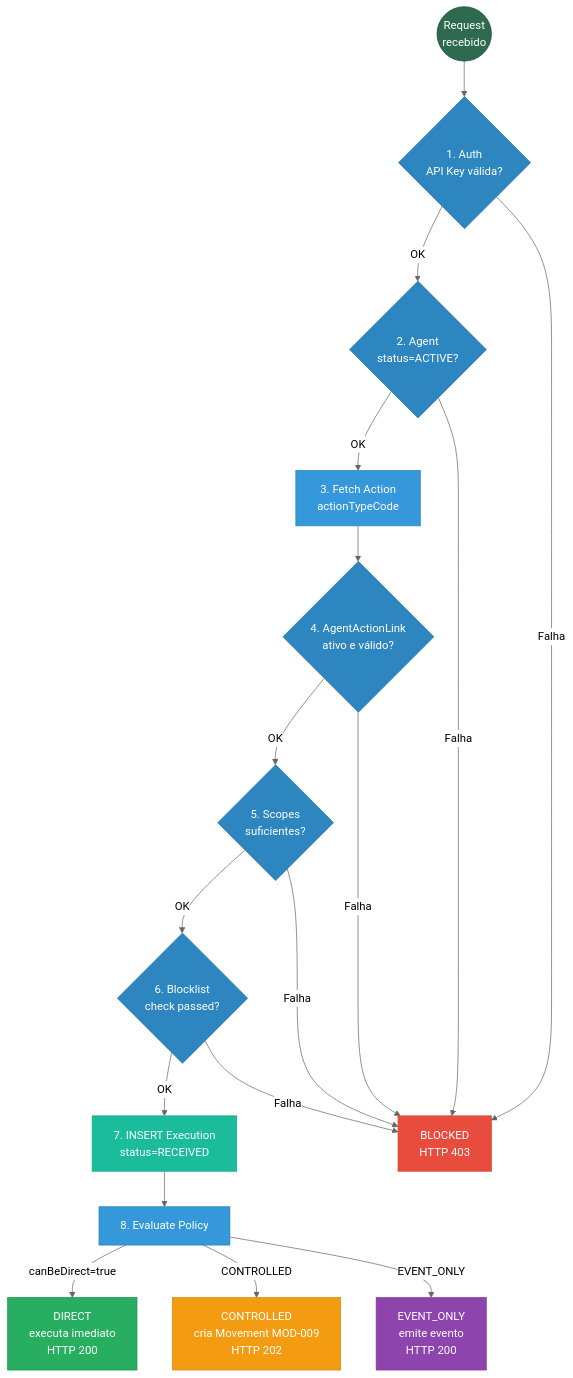
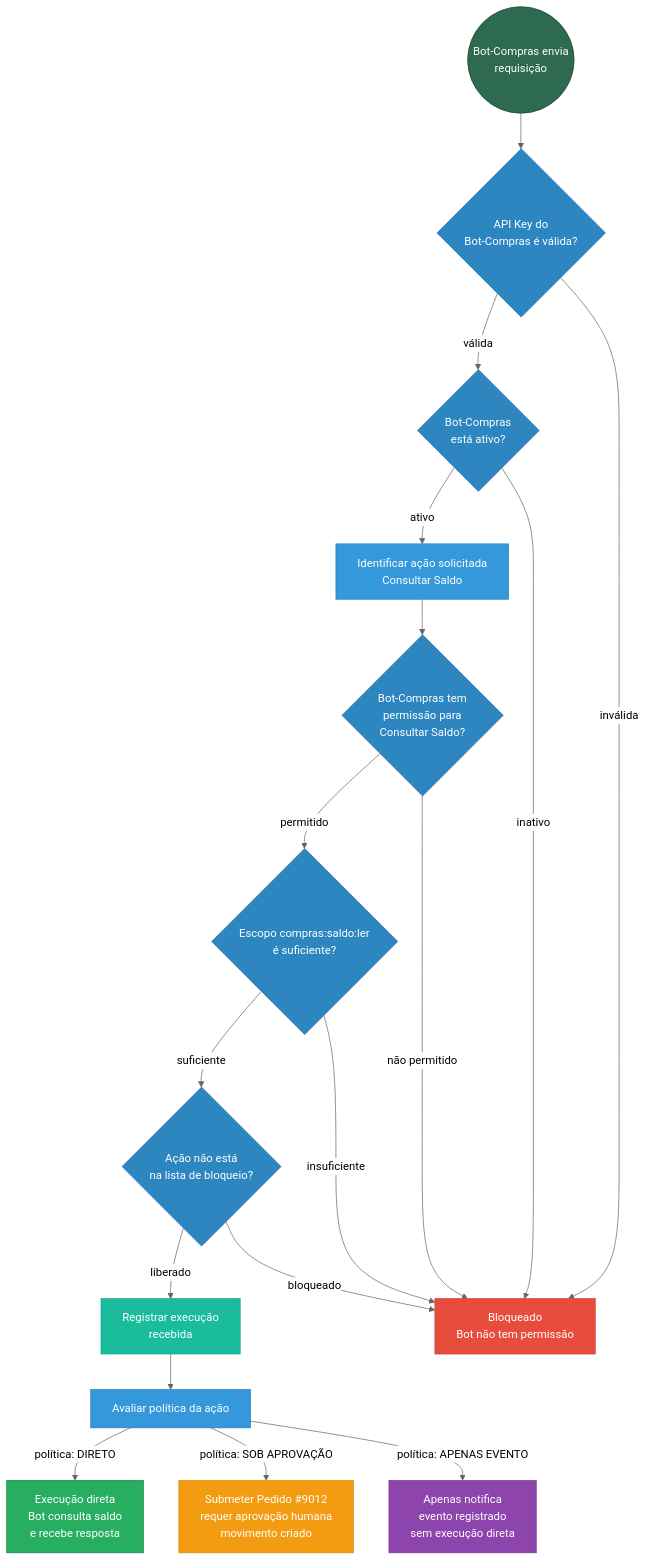
Before and after one commit to sulivanti/easycf: the first of 3 diagrams in docs/04_modules/mod-010-mcp-automacao/diagrams/domain-model.md, drawn with Mermaid (neutral theme). The commit also changed 99 other files, not shown here.

Commit message:
chore: atualiza diagramas domain-model, skills e configurações de agentes

````diff
--- a/docs/04_modules/mod-010-mcp-automacao/diagrams/domain-model.md
+++ b/docs/04_modules/mod-010-mcp-automacao/diagrams/domain-model.md
@@ -5,53 +5,53 @@
 ```mermaid
 graph TD
-    START(("Request<br/>recebido"))
-    S1{"1. Auth<br/>API Key válida?"}
-    S2{"2. Agent<br/>status=ACTIVE?"}
-    S3["3. Fetch Action<br/>actionTypeCode"]
-    S4{"4. AgentActionLink<br/>ativo e válido?"}
-    S5{"5. Scopes<br/>suficientes?"}
-    S6{"6. Blocklist<br/>check passed?"}
-    S7["7. INSERT Execution<br/>status=RECEIVED"]
-    S8["8. Evaluate Policy"]
+    START(("Bot-Compras envia<br/>requisição"))
+    S1{"API Key do<br/>Bot-Compras é válida?"}
+    S2{"Bot-Compras<br/>está ativo?"}
+    S3["Identificar ação solicitada<br/>Consultar Saldo"]
+    S4{"Bot-Compras tem<br/>permissão para<br/>Consultar Saldo?"}
+    S5{"Escopo compras:saldo:ler<br/>é suficiente?"}
+    S6{"Ação não está<br/>na lista de bloqueio?"}
+    S7["Registrar execução<br/>recebida"]
+    S8["Avaliar política da ação"]
 
-    DIRECT["DIRECT<br/>executa imediato<br/>HTTP 200"]
-    CONTROLLED["CONTROLLED<br/>cria Movement MOD-009<br/>HTTP 202"]
-    EVENT["EVENT_ONLY<br/>emite evento<br/>HTTP 200"]
-    BLOCKED["BLOCKED<br/>HTTP 403"]
+    DIRECT["Execução direta<br/>Bot consulta saldo<br/>e recebe resposta"]
+    CONTROLLED["Submeter Pedido #9012<br/>requer aprovação humana<br/>movimento criado"]
+    EVENT["Apenas notifica<br/>evento registrado<br/>sem execução direta"]
+    BLOCKED["Bloqueado<br/>Bot não tem permissão"]
 
     START --> S1
-    S1 -->|"OK"| S2
-    S1 -->|"Falha"| BLOCKED
-    S2 -->|"OK"| S3
-    S2 -->|"Falha"| BLOCKED
+    S1 -->|"válida"| S2
+    S1 -->|"inválida"| BLOCKED
+    S2 -->|"ativo"| S3
+    S2 -->|"inativo"| BLOCKED
     S3 --> S4
-    S4 -->|"OK"| S5
-    S4 -->|"Falha"| BLOCKED
-    S5 -->|"OK"| S6
-    S5 -->|"Falha"| BLOCKED
-    S6 -->|"OK"| S7
-    S6 -->|"Falha"| BLOCKED
+    S4 -->|"permitido"| S5
+    S4 -->|"não permitido"| BLOCKED
+    S5 -->|"suficiente"| S6
+    S5 -->|"insuficiente"| BLOCKED
+    S6 -->|"liberado"| S7
+    S6 -->|"bloqueado"| BLOCKED
     S7 --> S8
-    S8 -->|"canBeDirect=true"| DIRECT
-    S8 -->|"CONTROLLED"| CONTROLLED
-    S8 -->|"EVENT_ONLY"| EVENT
+    S8 -->|"política: DIRETO"| DIRECT
+    S8 -->|"política: SOB APROVAÇÃO"| CONTROLLED
+    S8 -->|"política: APENAS EVENTO"| EVENT
 
     classDef start fill:#2d6a4f,stroke:#1b4332,color:#fff
     classDef check fill:#2E86C1,stroke:#2471A3,color:#fff
     classDef fetch fill:#3498DB,stroke:#2980B9,color:#fff
     classDef insert fill:#1ABC9C,stroke:#17A589,color:#fff
     classDef direct fill:#27AE60,stroke:#1E8449,color:#fff
     classDef controlled fill:#F39C12,stroke:#D68910,color:#fff
     classDef event fill:#8E44AD,stroke:#7D3C98,color:#fff
     classDef blocked fill:#E74C3C,stroke:#CB4335,color:#fff
 
     class START start
     class S1,S2,S4,S5,S6 check
     class S3 fetch
     class S7 insert
     class S8 fetch
     class DIRECT direct
     class CONTROLLED controlled
     class EVENT event
     class BLOCKED blocked
 ```
````
